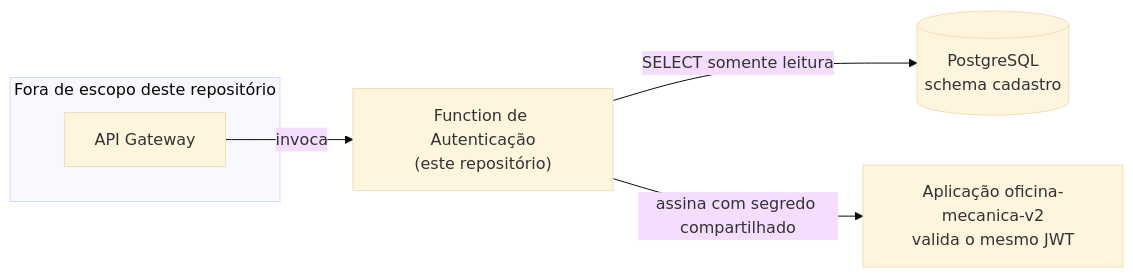
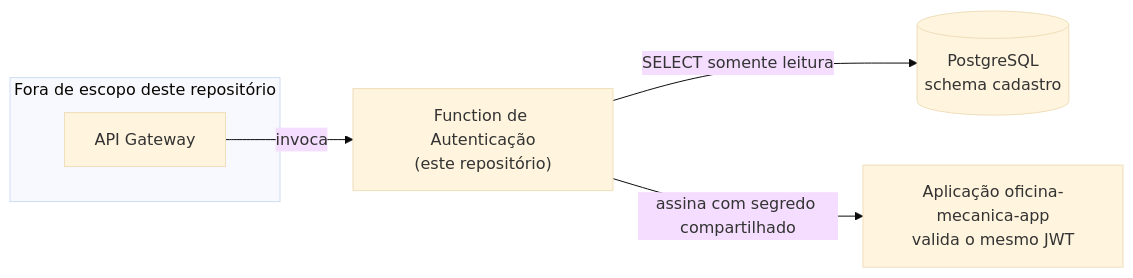
The second of 2 diagrams in README.md (gabrielMauad/oficina-mecanica-lambda-auth), drawn with Mermaid (base theme) before and after one commit. The commit also changed other lines of this file, not shown here.

````diff
--- a/README.md
+++ b/README.md
@@ -86,9 +86,9 @@
 ```mermaid
 flowchart LR
     subgraph "Fora de escopo deste repositório"
         GW[API Gateway]
     end
     GW -->|invoca| FN["Function de Autenticação<br/>(este repositório)"]
     FN -->|SELECT somente leitura| DB[(PostgreSQL<br/>schema cadastro)]
-    FN -->|assina com segredo compartilhado| APP[Aplicação oficina-mecanica-v2<br/>valida o mesmo JWT]
+    FN -->|assina com segredo compartilhado| APP[Aplicação oficina-mecanica-app<br/>valida o mesmo JWT]
 ```
````
